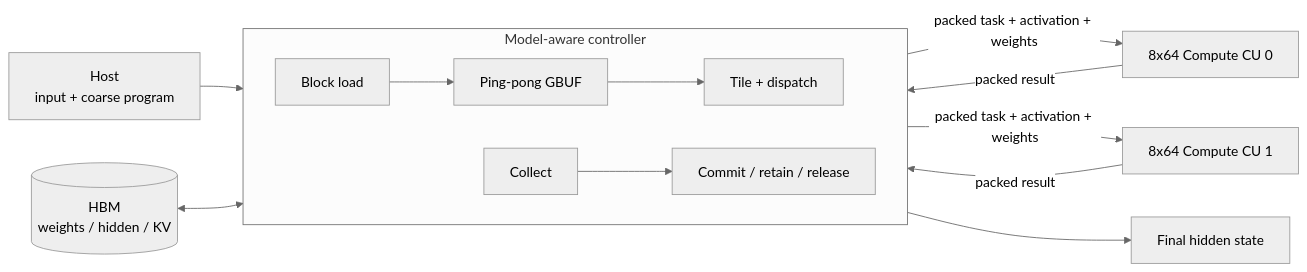
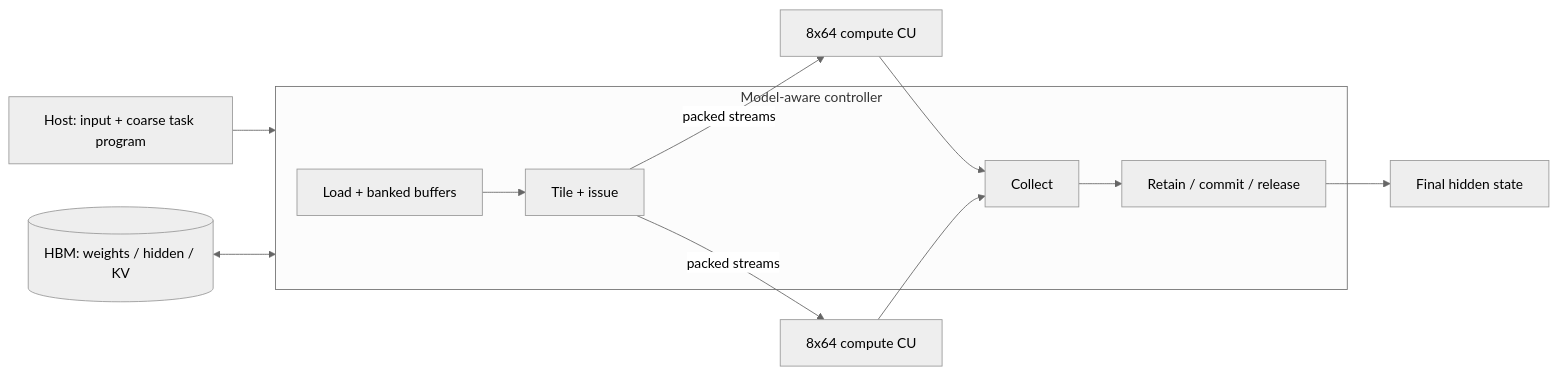
One commit to TruNcat3/LLM-ACCEL changed the diagram in README.md. Above: the diagram before and after it, drawn with Mermaid (neutral theme). The commit also changed other lines of this file and 27 other files, not shown here.

Commit message:
docs: reorganize CoWave architecture, reproduction, and evidence guides

````diff
--- a/README.md
+++ b/README.md
@@ -49,18 +43,14 @@
 ```mermaid
 flowchart LR
-    H[Host<br/>input + coarse program] --> C
-    M[(HBM<br/>weights / hidden / KV)] <--> C
-
+    H[Host: input + coarse task program] --> C
+    M[(HBM: weights / hidden / KV)] <--> C
     subgraph C[Model-aware controller]
-      direction LR
-      L[Block load] --> B[Ping-pong GBUF]
-      B --> D[Tile + dispatch]
-      R[Collect] --> P[Commit / retain / release]
+      L[Load + banked buffers] --> D[Tile + issue]
+      R[Collect] --> S[Retain / commit / release]
     end
-
-    D -->|packed task + activation + weights| U0[8x64 Compute CU 0]
-    D -->|packed task + activation + weights| U1[8x64 Compute CU 1]
-    U0 -->|packed result| R
-    U1 -->|packed result| R
-    P --> O[Final hidden state]
+    D -->|packed streams| U0[8x64 compute CU]
+    D -->|packed streams| U1[8x64 compute CU]
+    U0 --> R
+    U1 --> R
+    S --> O[Final hidden state]
 ```
````
